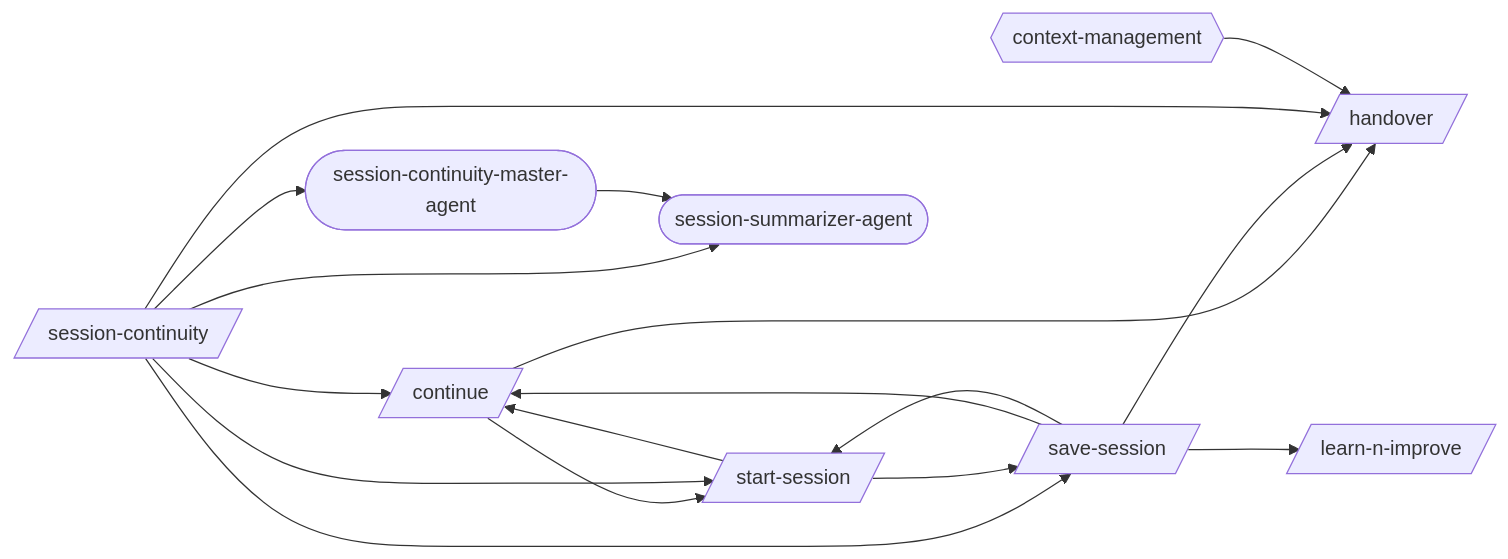
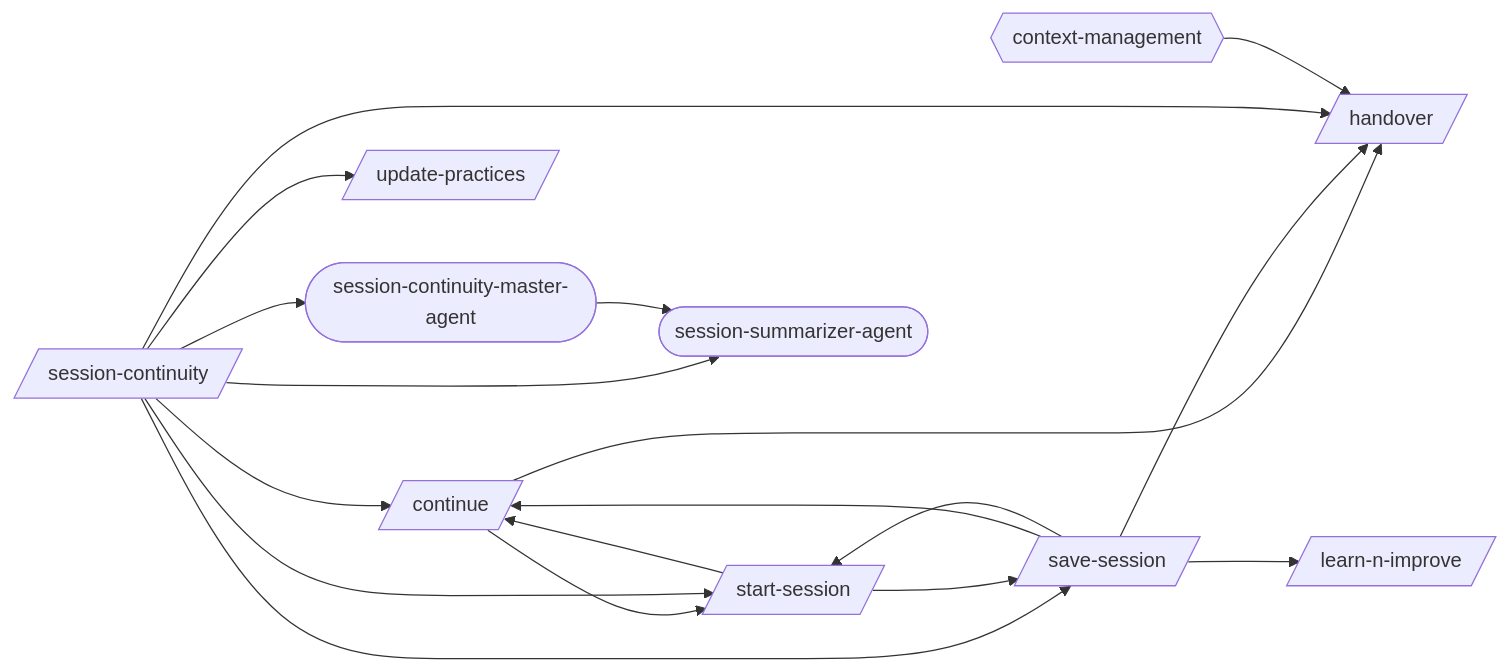
One commit to abhayla/claude-best-practices changed the first of 12 diagrams in docs/workflows/session-continuity.md. Above: the diagram before and after it, drawn with Mermaid. The commit also changed other lines of this file and 12 other files, not shown here.

````diff
--- a/docs/workflows/session-continuity.md
+++ b/docs/workflows/session-continuity.md
@@ -9,28 +9,30 @@
 ```mermaid
 graph LR
     continue[/continue/]
     handover[/handover/]
     learn_n_improve[/learn-n-improve/]
     save_session[/save-session/]
     session_continuity[/session-continuity/]
     start_session[/start-session/]
+    update_practices[/update-practices/]
     session_continuity_master_agent([session-continuity-master-agent])
     session_summarizer_agent([session-summarizer-agent])
     context_management{{context-management}}
     continue --> handover
     continue --> start_session
     save_session --> continue
     save_session --> handover
     save_session --> learn_n_improve
     save_session --> start_session
     session_continuity --> continue
     session_continuity --> handover
     session_continuity --> save_session
     session_continuity --> start_session
+    session_continuity --> update_practices
     session_continuity --> session_continuity_master_agent
     session_continuity --> session_summarizer_agent
     start_session --> continue
     start_session --> save_session
     session_continuity_master_agent --> session_summarizer_agent
     context_management --> handover
 ```
````
